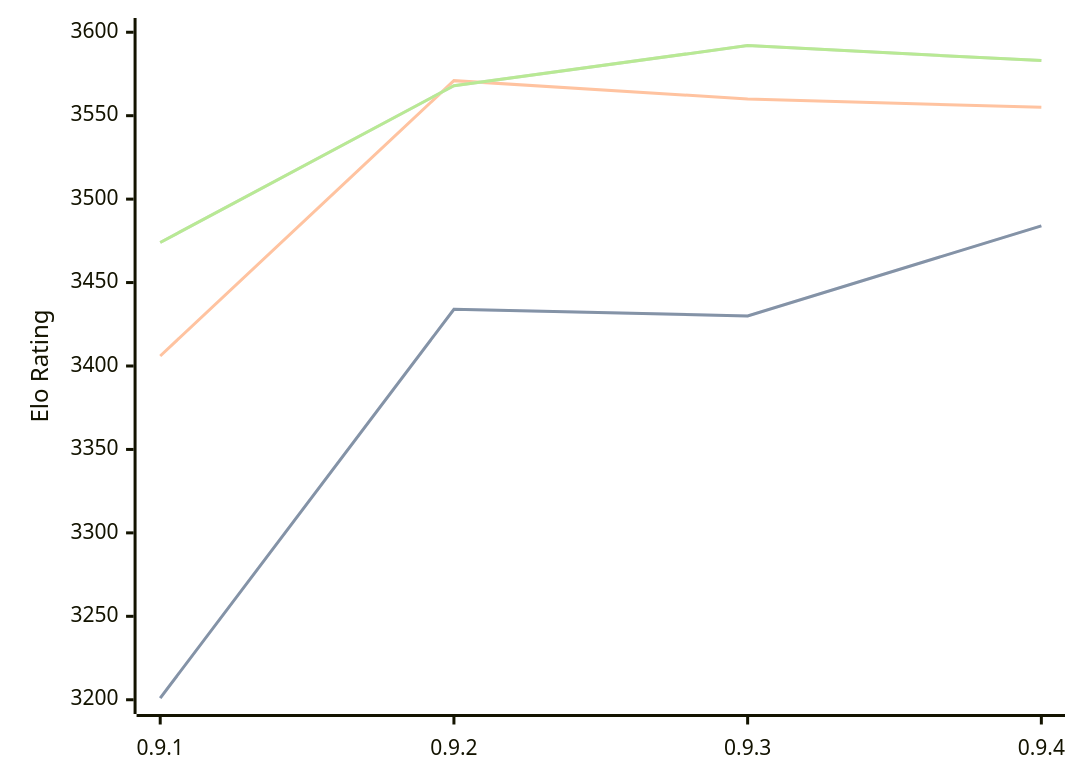
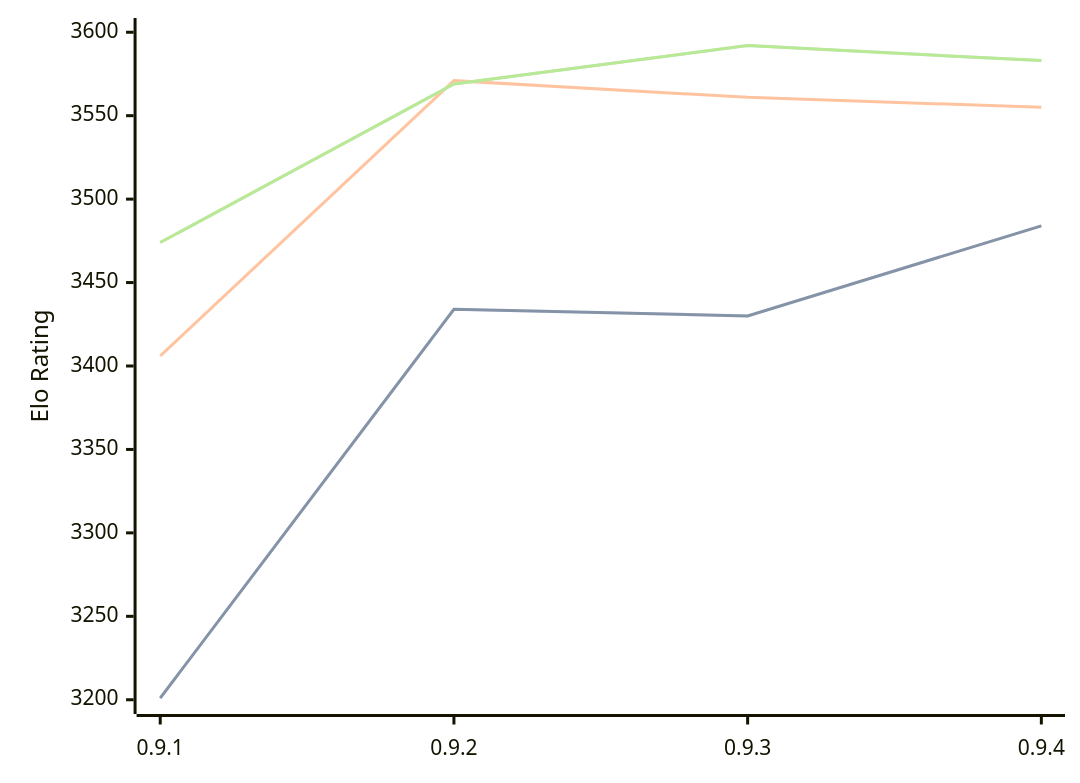
The diagram in engines/Coda.md (computer-chess-index/cci), drawn with Mermaid before and after one commit. The commit also changed other lines of this file, not shown here.

Commit message:
Update CCI Ratings (ELO VLTC) - 2026-09-02

````diff
--- a/engines/Coda.md
+++ b/engines/Coda.md
@@ -34,11 +34,11 @@
 ```mermaid
 %%{init: {"theme":"base","themeVariables":{"seriesColors:['#a3a3a3','#222221','#faa371']}}}%%
 xychart-beta
   x-axis ["0.9.1", "0.9.2", "0.9.3", "0.9.4"]
   y-axis "Elo Rating" 3200 --> 3600
   line "" [3201, 3434, 3430, 3484]
   line "STC (8.0+0.08s)" [3201, 3434, 3430, 3484]
-  line "LTC (60.0+0.60s)" [3406, 3571, 3560, 3555]
-  line "" [3474, 3568, 3592, 3583]
-  line "VLTC (2m24s+1.12s)" [3474, 3568, 3592, 3583]
+  line "LTC (60.0+0.60s)" [3406, 3571, 3561, 3555]
+  line "" [3474, 3569, 3592, 3583]
+  line "VLTC (2m24s+1.12s)" [3474, 3569, 3592, 3583]
 ```
````
